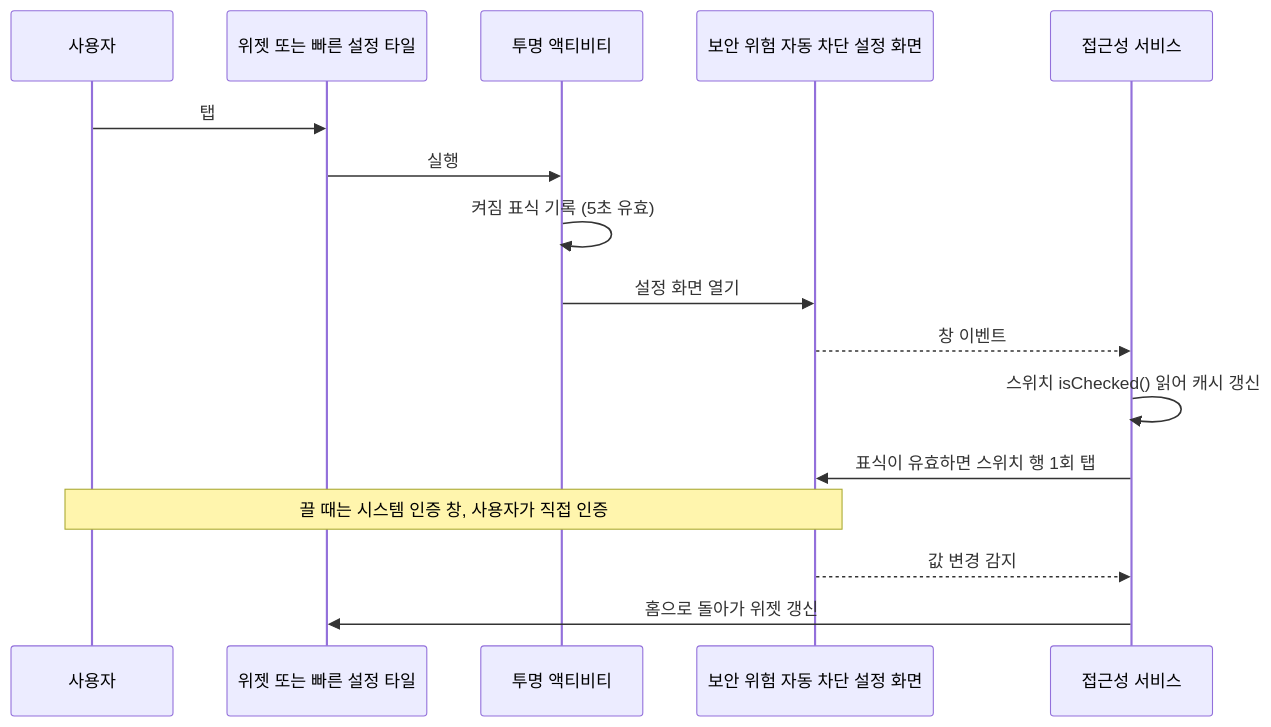
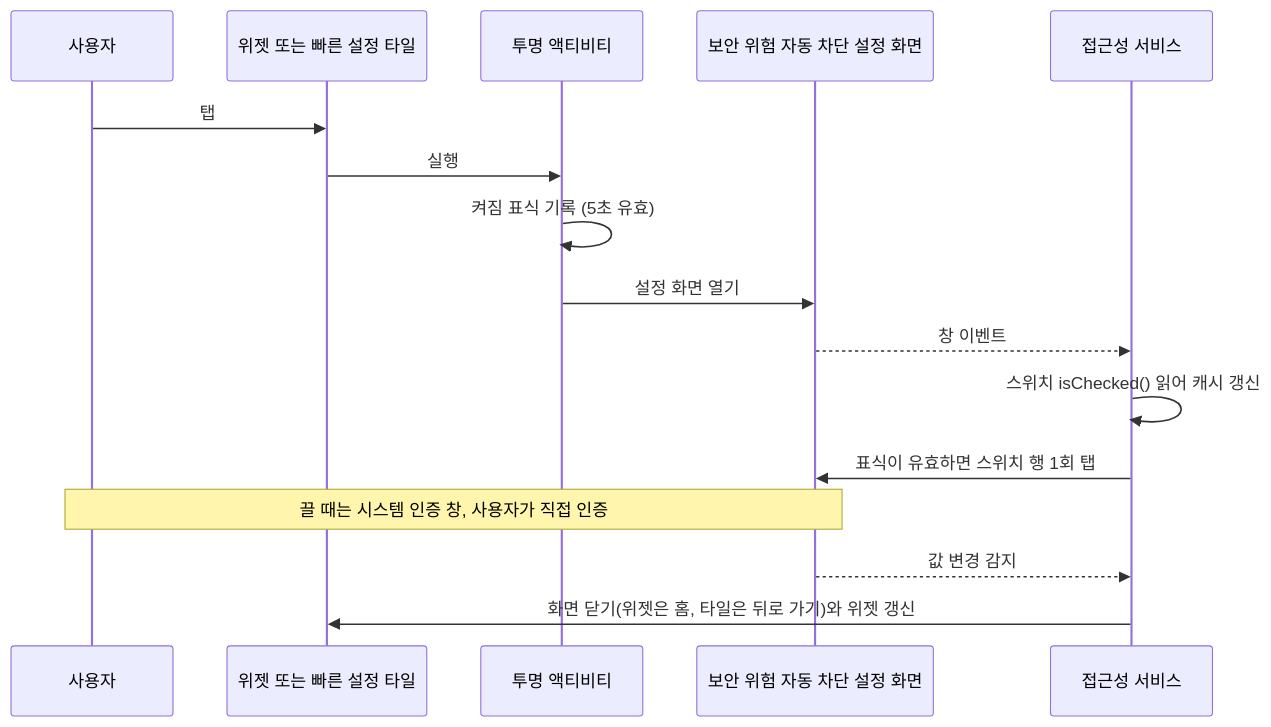
One commit to gyuminlee-repo/auto-blocker-widget changed the diagram in docs/guide.ko.md. Above: the diagram before and after it, drawn with Mermaid. The commit also changed other lines of this file and 9 other files, not shown here.

````diff
--- a/docs/guide.ko.md
+++ b/docs/guide.ko.md
@@ -112,18 +113,18 @@
 ```mermaid
 sequenceDiagram
     participant U as 사용자
     participant W as 위젯 또는 빠른 설정 타일
     participant T as 투명 액티비티
     participant R as 보안 위험 자동 차단 설정 화면
     participant S as 접근성 서비스
     U->>W: 탭
     W->>T: 실행
     T->>T: 켜짐 표식 기록 (5초 유효)
     T->>R: 설정 화면 열기
     R-->>S: 창 이벤트
     S->>S: 스위치 isChecked() 읽어 캐시 갱신
     S->>R: 표식이 유효하면 스위치 행 1회 탭
     Note over R,U: 끌 때는 시스템 인증 창, 사용자가 직접 인증
     R-->>S: 값 변경 감지
-    S->>W: 홈으로 돌아가 위젯 갱신
+    S->>W: 화면 닫기(위젯은 홈, 타일은 뒤로 가기)와 위젯 갱신
 ```
````
